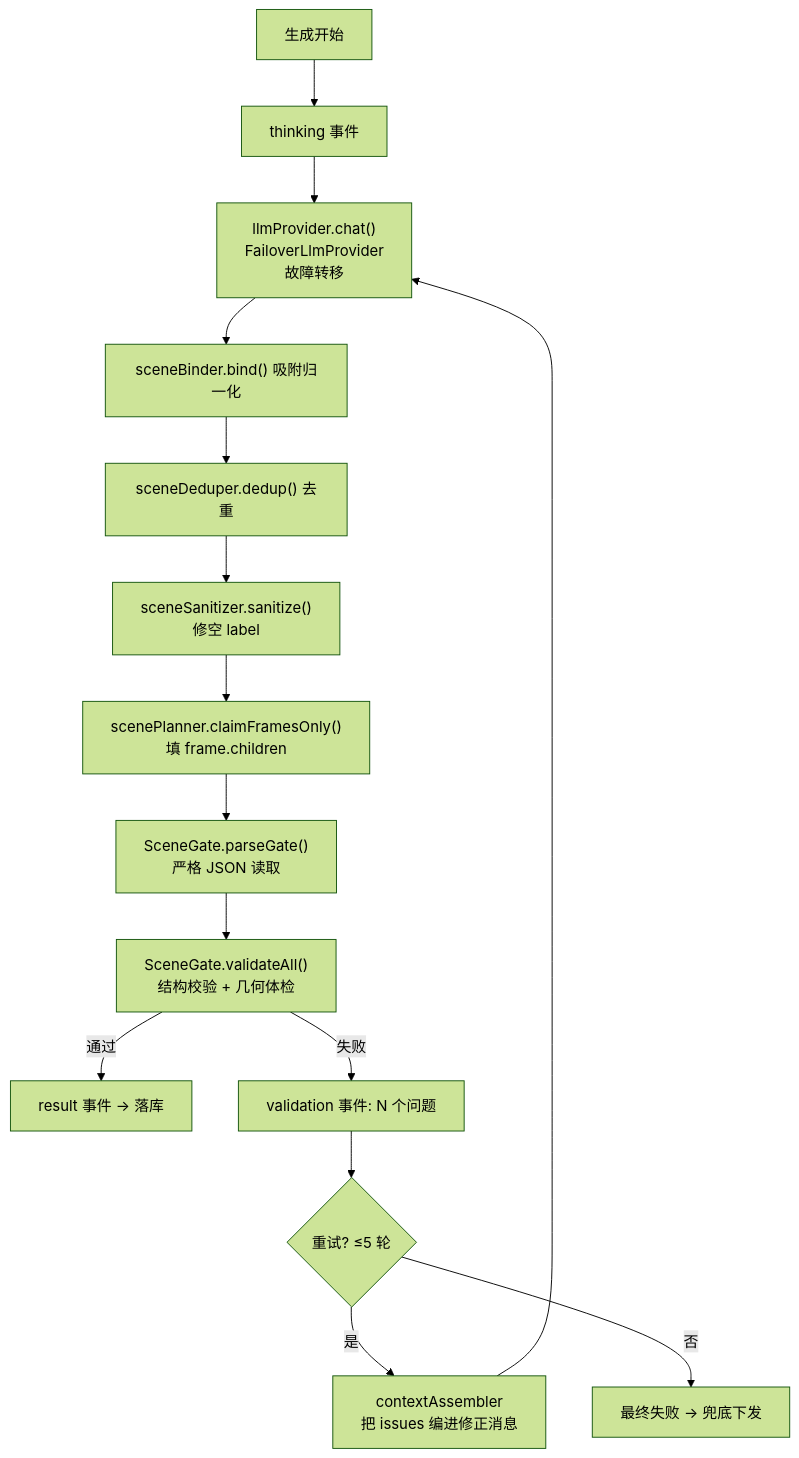
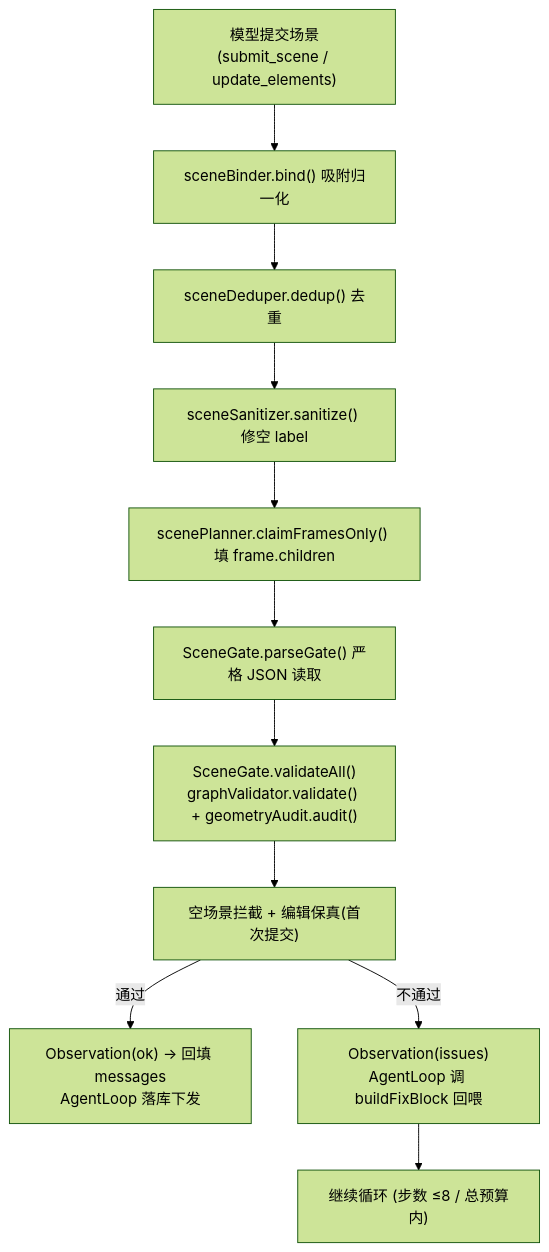
The seventh of 13 diagrams in workbuddyFlow/docs/FlowAI架构与交互机制.md (Nihao7-L/flowchart-ai), drawn with Mermaid (forest theme) before and after one commit. The commit also changed other lines of this file and 37 other files, not shown here.

````diff
--- a/workbuddyFlow/docs/FlowAI架构与交互机制.md
+++ b/workbuddyFlow/docs/FlowAI架构与交互机制.md
@@ -191,17 +188,13 @@
 ```mermaid
 flowchart TD
-  Start["生成开始"] --> Think["thinking 事件"]
-  Think --> LLM["llmProvider.chat()<br/>FailoverLlmProvider<br/>故障转移"]
-  LLM --> Bind["sceneBinder.bind() 吸附归一化"]
+  Start["模型提交场景<br/>(submit_scene / update_elements)"] --> Bind["sceneBinder.bind() 吸附归一化"]
   Bind --> Dedup["sceneDeduper.dedup() 去重"]
-  Dedup --> San["sceneSanitizer.sanitize()<br/>修空 label"]
-  San --> Claim["scenePlanner.claimFramesOnly()<br/>填 frame.children"]
-  Claim --> Gate["SceneGate.parseGate()<br/>严格 JSON 读取"]
-  Gate --> Val["SceneGate.validateAll()<br/>结构校验 + 几何体检"]
-  Val -->|"通过"| Res["result 事件 → 落库"]
-  Val -->|"失败"| Iss["validation 事件: N 个问题"]
-  Iss --> Retry{"重试? ≤5 轮"}
-  Retry -->|"是"| Fix["contextAssembler<br/>把 issues 编进修正消息"]
-  Fix --> LLM
-  Retry -->|"否"| Fall["最终失败 → 兜底下发"]
+  Dedup --> San["sceneSanitizer.sanitize() 修空 label"]
+  San --> Claim["scenePlanner.claimFramesOnly() 填 frame.children"]
+  Claim --> Gate["SceneGate.parseGate() 严格 JSON 读取"]
+  Gate --> Val["SceneGate.validateAll()<br/>graphValidator.validate() + geometryAudit.audit()"]
+  Val --> Empty["空场景拦截 + 编辑保真(首次提交)"]
+  Empty -->|"通过"| Res["Observation(ok) → 回填 messages<br/>AgentLoop 落库下发"]
+  Empty -->|"不通过"| Iss["Observation(issues)<br/>AgentLoop 调 buildFixBlock 回喂"]
+  Iss --> Loop["继续循环 (步数 ≤8 / 总预算内)"]
 ```
````
